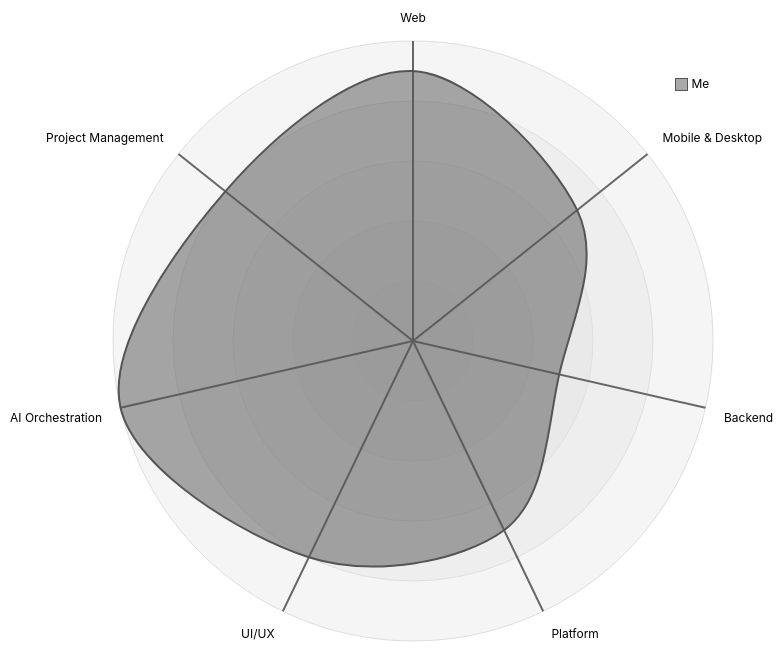
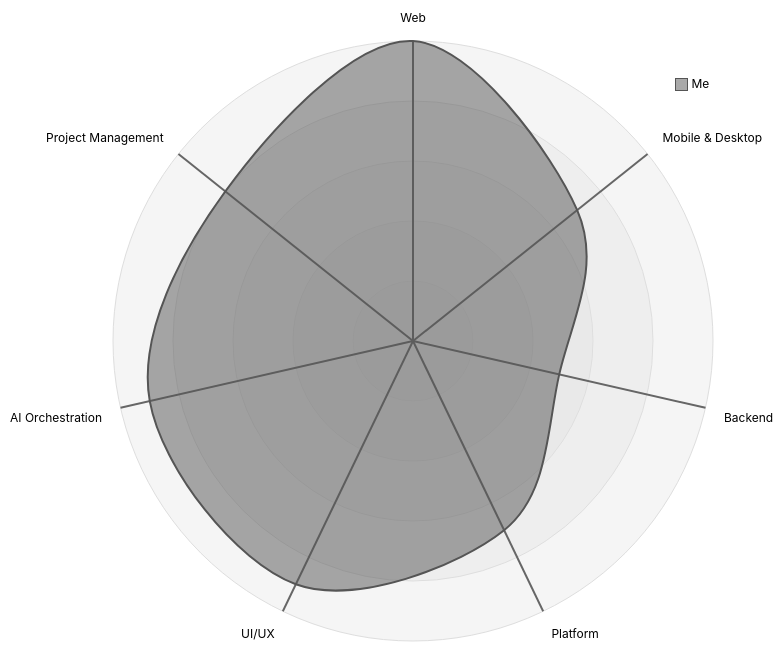
One commit to mvagnon/mvagnon changed the diagram in README.md. Above: the diagram before and after it, drawn with Mermaid.

````diff
--- a/README.md
+++ b/README.md
@@ -45,12 +45,12 @@
 ```mermaid
 ---
 config:
   theme: neutral
 ---
 radar-beta
   axis a["Web"], b["Mobile & Desktop"], c["Backend"], d["Platform"], e["UI/UX"], f["AI Orchestration"], g["Project Management"]
-  curve a["Me"]{90, 70, 50, 70, 80, 100, 80}
+  curve a["Me"]{100, 70, 50, 70, 90, 90, 80}
 
   max 100
   min 0
 ```
````
